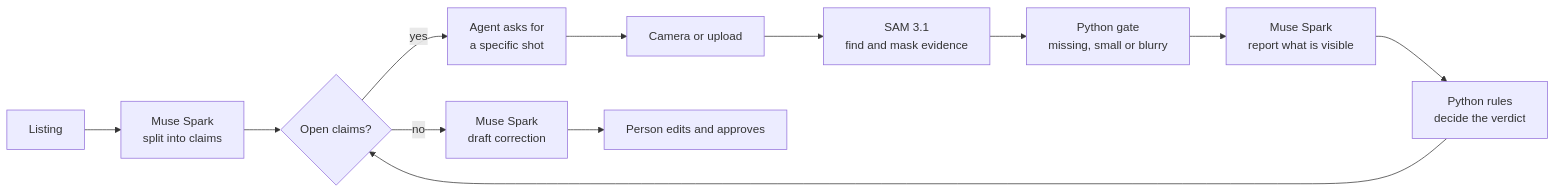
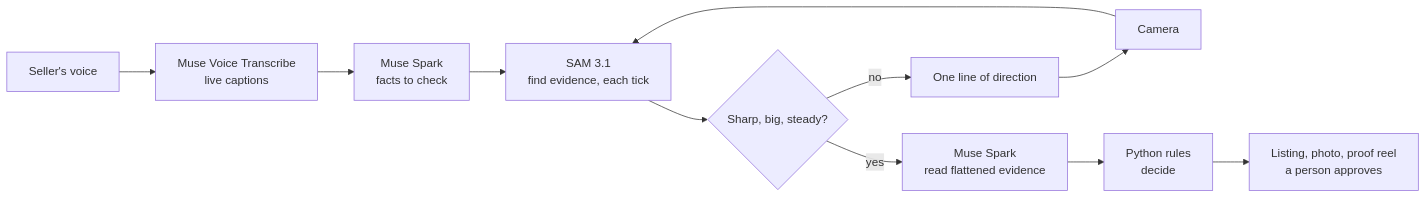
Before and after one commit to CodeRunner24/claimcheck: the diagram in README.md, drawn with Mermaid. The commit also changed other lines of this file and 27 other files, not shown here.

Commit message:
Rebuild around filming and talking: live speech, live direction, listing from evidence, new interface

````diff
--- a/README.md
+++ b/README.md
@@ -17,14 +23,13 @@
 ```mermaid
 flowchart LR
-    L[Listing] --> S1[Muse Spark<br/>split into claims]
-    S1 --> D{Open claims?}
-    D -- yes --> A[Agent asks for<br/>a specific shot]
-    A --> C[Camera or upload]
-    C --> SAM[SAM 3.1<br/>find and mask evidence]
-    SAM --> Q[Python gate<br/>missing, small or blurry]
-    Q --> S2[Muse Spark<br/>report what is visible]
-    S2 --> R[Python rules<br/>decide the verdict]
-    R --> D
-    D -- no --> F[Muse Spark<br/>draft correction]
-    F --> H[Person edits and approves]
+    V[Seller's voice] --> T[Muse Voice Transcribe<br/>live captions]
+    T --> C[Muse Spark<br/>facts to check]
+    F[Camera] --> S[SAM 3.1<br/>find evidence, each tick]
+    C --> S
+    S --> G{Sharp, big, steady?}
+    G -- no --> D[One line of direction]
+    D --> F
+    G -- yes --> R[Muse Spark<br/>read flattened evidence]
+    R --> Q[Python rules<br/>decide]
+    Q --> L[Listing, photo, proof reel<br/>a person approves]
 ```
````
